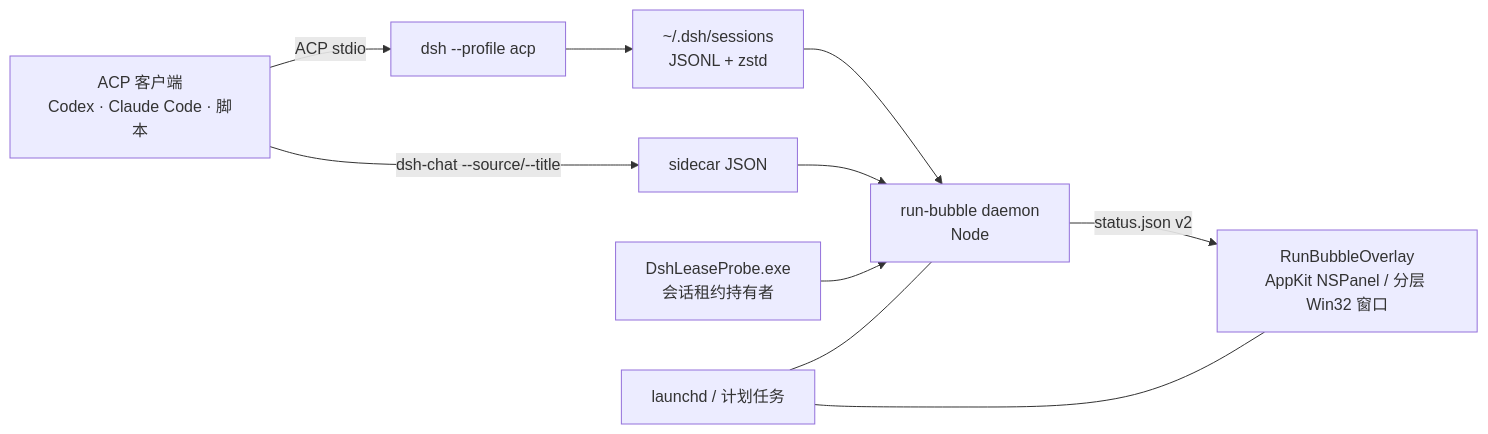
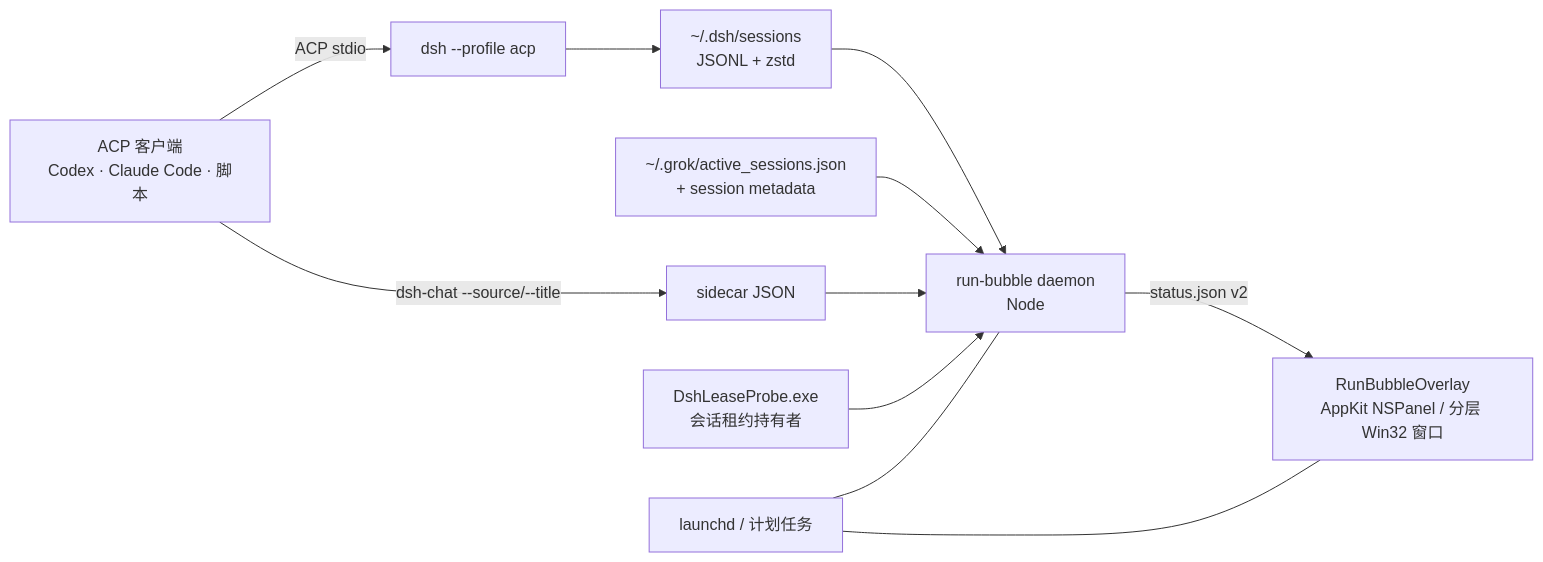
Before and after one commit to Player-YN/dsh-run-bubble: the diagram in README.zh-CN.md, drawn with Mermaid. The commit also changed other lines of this file and 4 other files, not shown here.

Commit message:
feat: monitor open Grok Build TUI sessions

````diff
--- a/README.zh-CN.md
+++ b/README.zh-CN.md
@@ -234,12 +247,13 @@
 ```mermaid
 flowchart LR
   A["ACP 客户端<br/>Codex · Claude Code · 脚本"] -->|ACP stdio| B["dsh --profile acp"]
   A -->|"dsh-chat --source/--title"| M["sidecar JSON"]
   B --> S["~/.dsh/sessions<br/>JSONL + zstd"]
   S --> D["run-bubble daemon<br/>Node"]
+  G["~/.grok/active_sessions.json<br/>+ session metadata"] --> D
   M --> D
   P["DshLeaseProbe.exe<br/>会话租约持有者"] --> D
   D -->|"status.json v2"| O["RunBubbleOverlay<br/>AppKit NSPanel / 分层 Win32 窗口"]
   L["launchd / 计划任务"] --- D
   L --- O
 ```
````
